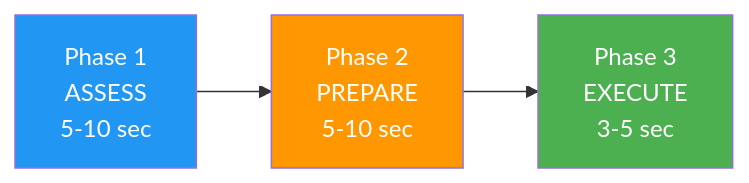
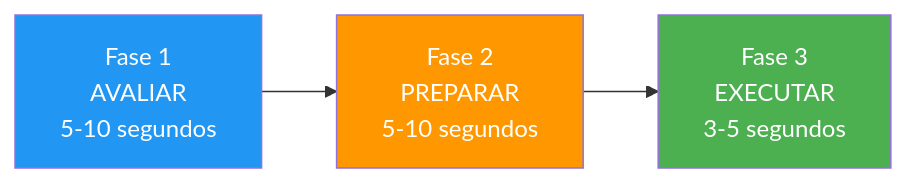
The diagram in docs/pt/articles/pre-shot-routines.md (patwii/petanque-academy), drawn with Mermaid before and after one commit. The commit also changed other lines of this file and 550 other files, not shown here.

````diff
--- a/docs/pt/articles/pre-shot-routines.md
+++ b/docs/pt/articles/pre-shot-routines.md
@@ -34,9 +34,9 @@
 ```mermaid
 flowchart LR
-    A[Phase 1<br/>ASSESS<br/>5-10 sec] --> B[Phase 2<br/>PREPARE<br/>5-10 sec]
-    B --> C[Phase 3<br/>EXECUTE<br/>3-5 sec]
+    A[Fase 1 <br/> AVALIAR <br/> 5-10 segundos] --> B[Fase 2 <br/> PREPARAR <br/> 5-10 segundos]
+    B --> C[Fase 3 <br/> EXECUTAR <br/> 3-5 segundos]
 
     style A fill:#2196F3,color:#fff
     style B fill:#FF9800,color:#fff
     style C fill:#4CAF50,color:#fff
 ```
````
